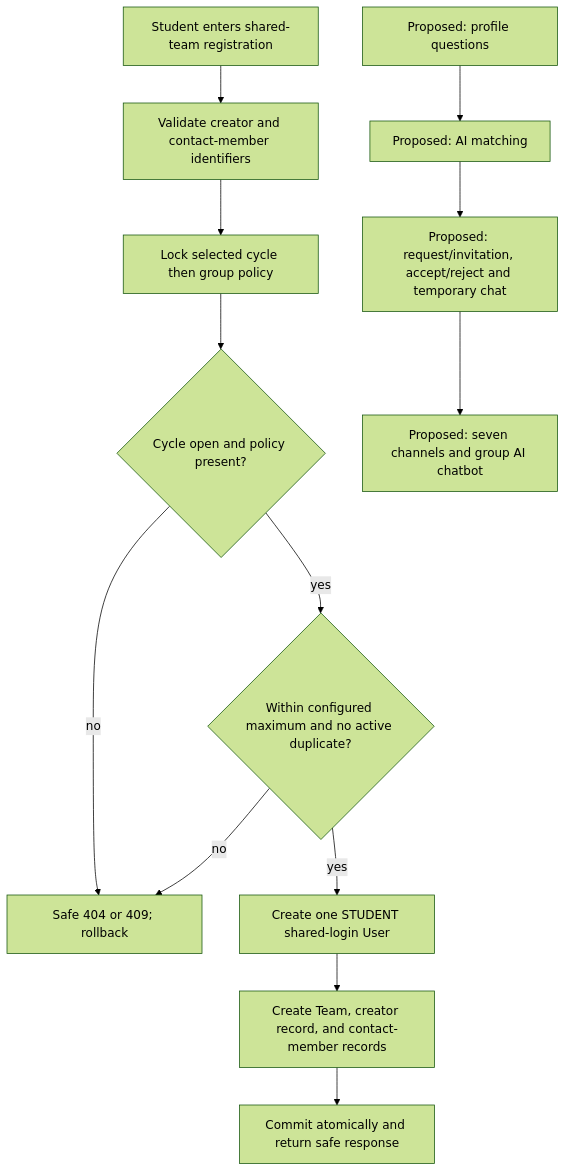
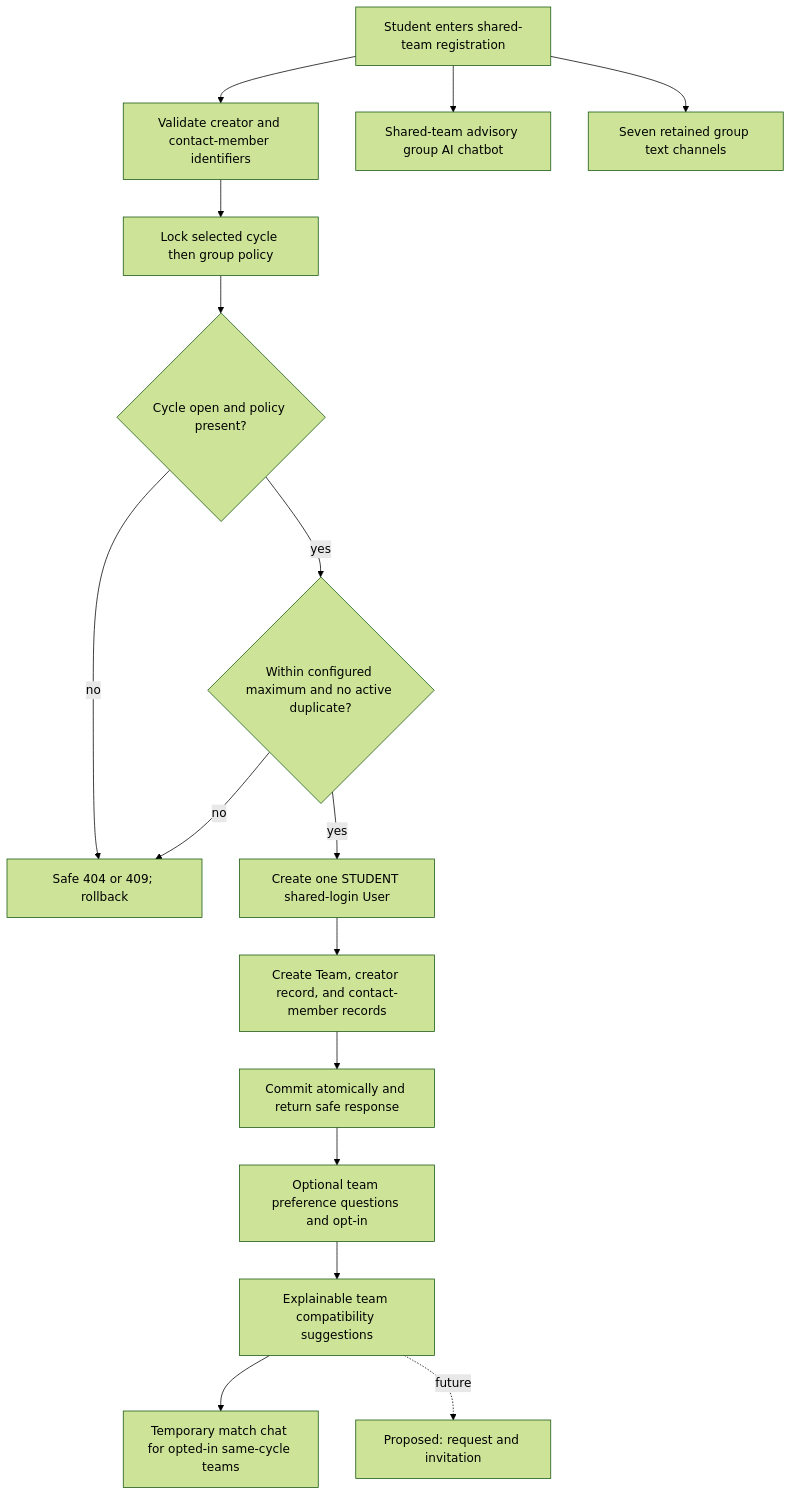
Before and after one commit to farazd63/FYPHub: diagram 11 of 13 in docs/p1-workflows.md, drawn with Mermaid (forest theme). The commit also changed other lines of this file and 37 other files, not shown here.

````diff
--- a/docs/p1-workflows.md
+++ b/docs/p1-workflows.md
@@ -231,15 +243,18 @@
 ```mermaid
 flowchart TD
     A[Student enters shared-team registration] --> B[Validate creator and contact-member identifiers]
     B --> C[Lock selected cycle then group policy]
     C --> D{Cycle open and policy present?}
     D -- no --> X[Safe 404 or 409; rollback]
     D -- yes --> E{Within configured maximum and no active duplicate?}
     E -- no --> X
     E -- yes --> F[Create one STUDENT shared-login User]
     F --> G[Create Team, creator record, and contact-member records]
     G --> H[Commit atomically and return safe response]
-    M[Proposed: profile questions] --> N[Proposed: AI matching]
-    N --> O[Proposed: request/invitation, accept/reject and temporary chat]
-    O --> Q[Proposed: seven channels and group AI chatbot]
+    H --> M[Optional team preference questions and opt-in]
+    M --> N[Explainable team compatibility suggestions]
+    N --> O[Temporary match chat for opted-in same-cycle teams]
+    N -. future .-> P[Proposed: request and invitation]
+    A --> Q[Shared-team advisory group AI chatbot]
+    A --> R[Seven retained group text channels]
 ```
````
